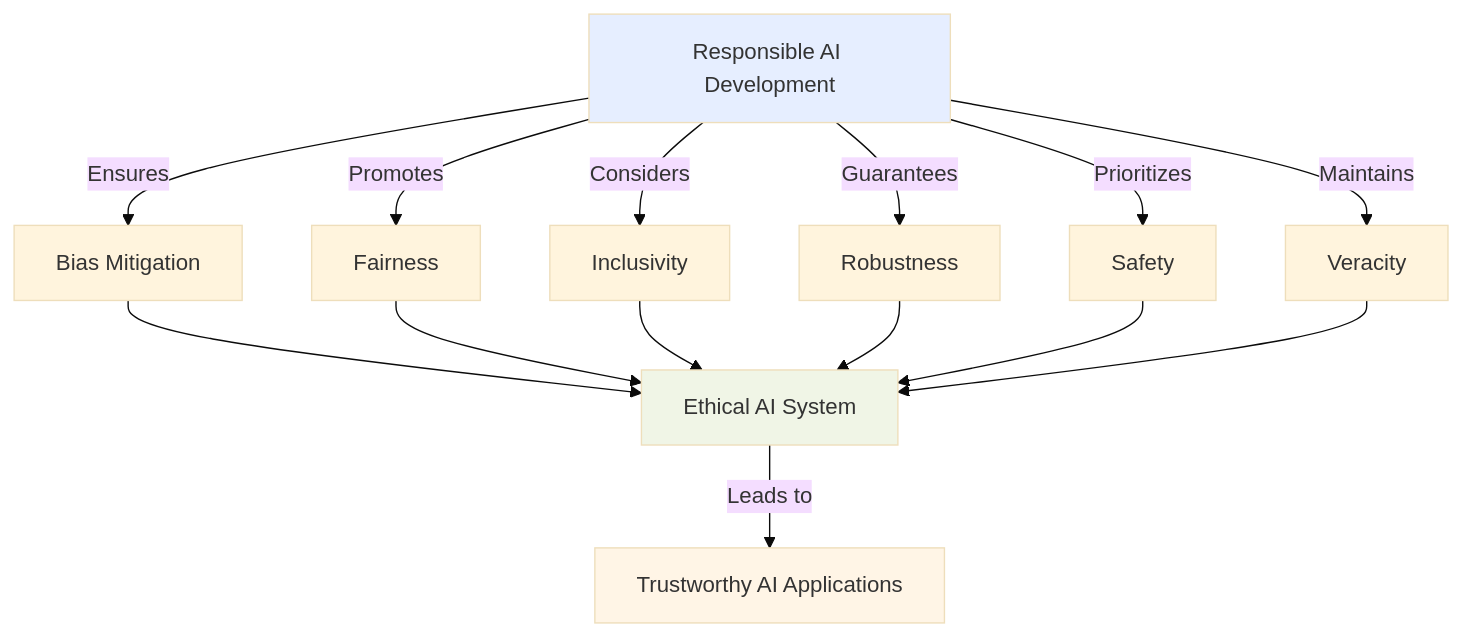
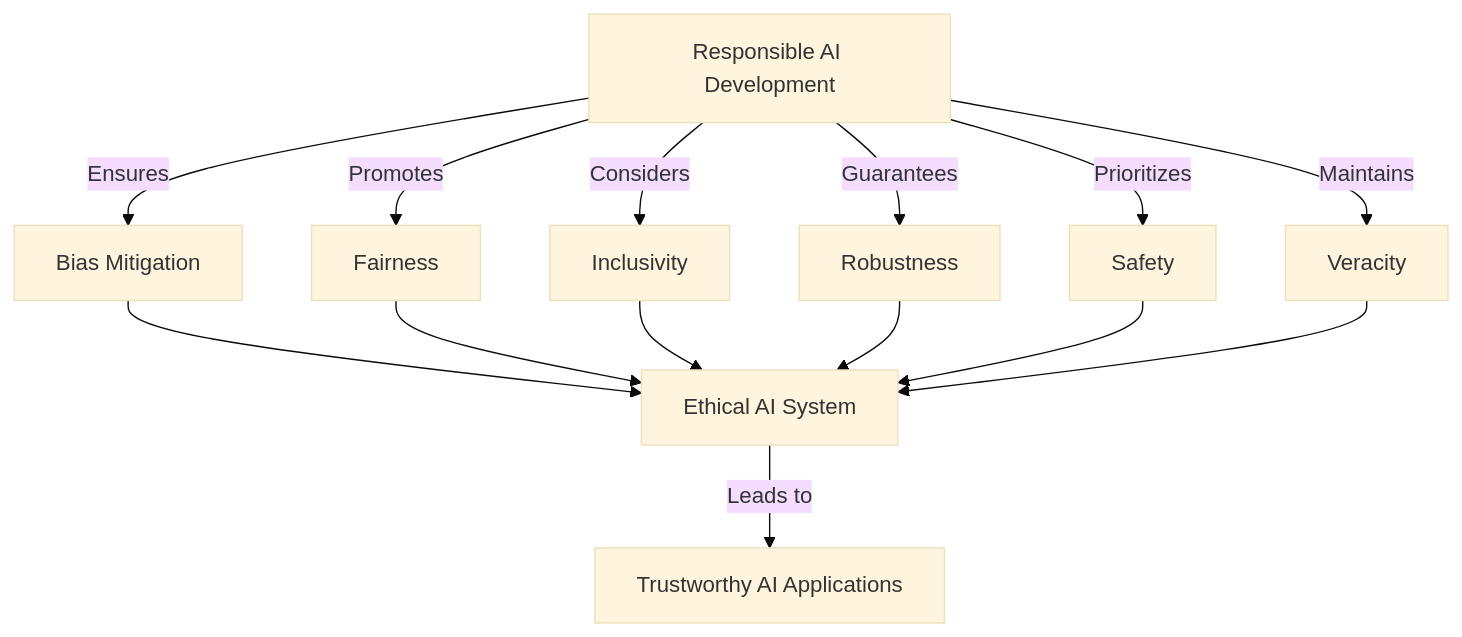
One commit to CloudCityPress/aws-aif-c01 changed the first of 6 diagrams in english/40_10_Responsible_AI_Systems.md. Above: the diagram before and after it, drawn with Mermaid (base theme). The commit also changed other lines of this file and 16 other files, not shown here.

Commit message:
updating Mermaids

````diff
--- a/english/40_10_Responsible_AI_Systems.md
+++ b/english/40_10_Responsible_AI_Systems.md
@@ -23,19 +23,16 @@
 ```mermaid
 flowchart TD
     A[Responsible AI Development] -->|Ensures| B[Bias Mitigation]
     A -->|Promotes| C[Fairness]
     A -->|Considers| D[Inclusivity]
     A -->|Guarantees| E[Robustness]
     A -->|Prioritizes| F[Safety]
     A -->|Maintains| G[Veracity]
     B --> H[Ethical AI System]
     C --> H
     D --> H
     E --> H
     F --> H
     G --> H
     H -->|Leads to| I[Trustworthy AI Applications]
-    style A fill:#e6eeff
-    style H fill:#f0f5e6
-    style I fill:#fff5e6
 ```
````
